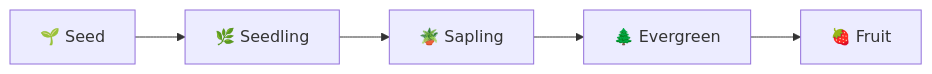
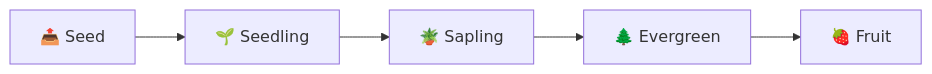
Before and after one commit to MarcheloSanchez/Origin-v1.8.0-Starter-Pack: the second of 2 diagrams in 00-Meta/Documentation/PKM/🔢My PKM Metadata.md, drawn with Mermaid. The commit also changed other lines of this file and 4 other files, not shown here.

````diff
--- a/00-Meta/Documentation/PKM/🔢My PKM Metadata.md
+++ b/00-Meta/Documentation/PKM/🔢My PKM Metadata.md
@@ -570,8 +570,8 @@
 ```mermaid
 graph LR
-A[🌱 Seed] --> B[🌿 Seedling]
+A[📤 Seed] --> B[🌱 Seedling]
 B --> C[🪴 Sapling]
 C --> D[🌲 Evergreen]
 D --> E[🍓 Fruit]
 
 ```
````
